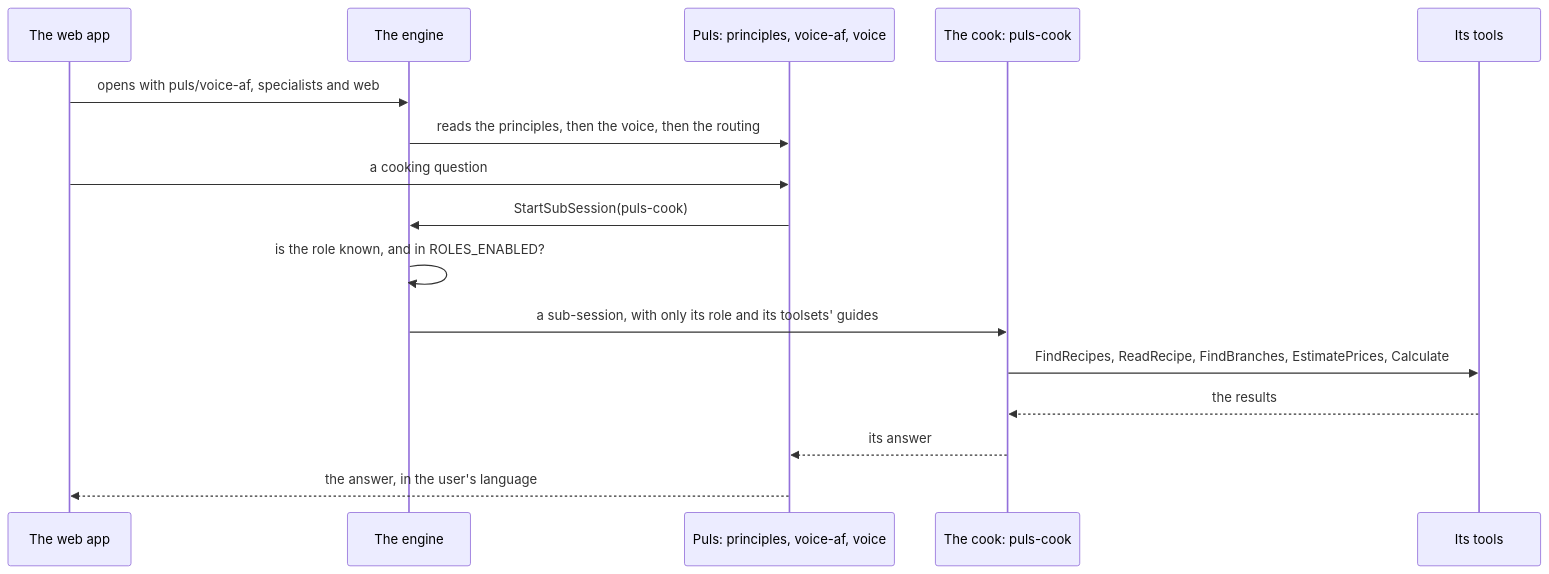
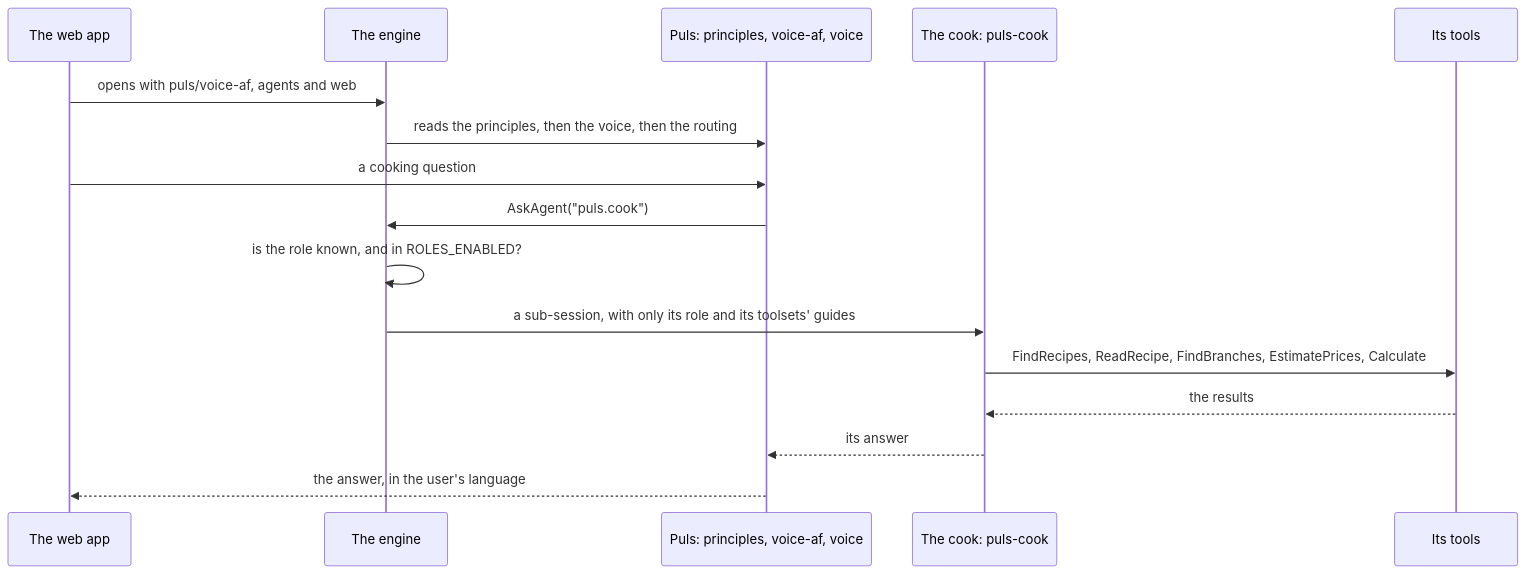
One commit to bosbevk/louis-agent changed the second of 2 diagrams in demos/puls/docs/projects/louis-agent.identity.puls.md. Above: the diagram before and after it, drawn with Mermaid. The commit also changed other lines of this file and 35 other files, not shown here.

First line of the commit message:
docs(f127.3.1): step 12 - the docs say AskAgent, ADR 0117 settled, the plan folded

````diff
--- a/demos/puls/docs/projects/louis-agent.identity.puls.md
+++ b/demos/puls/docs/projects/louis-agent.identity.puls.md
@@ -64,18 +67,18 @@
 ```mermaid
 sequenceDiagram
     participant W as The web app
     participant E as The engine
     participant V as Puls: principles, voice-af, voice
     participant C as The cook: puls-cook
     participant T as Its tools
-    W->>E: opens with puls/voice-af, specialists and web
+    W->>E: opens with puls/voice-af, agents and web
     E->>V: reads the principles, then the voice, then the routing
     W->>V: a cooking question
-    V->>E: StartSubSession(puls-cook)
+    V->>E: AskAgent("puls.cook")
     E->>E: is the role known, and in ROLES_ENABLED?
     E->>C: a sub-session, with only its role and its toolsets' guides
     C->>T: FindRecipes, ReadRecipe, FindBranches, EstimatePrices, Calculate
     T-->>C: the results
     C-->>V: its answer
     V-->>W: the answer, in the user's language
 ```
````
